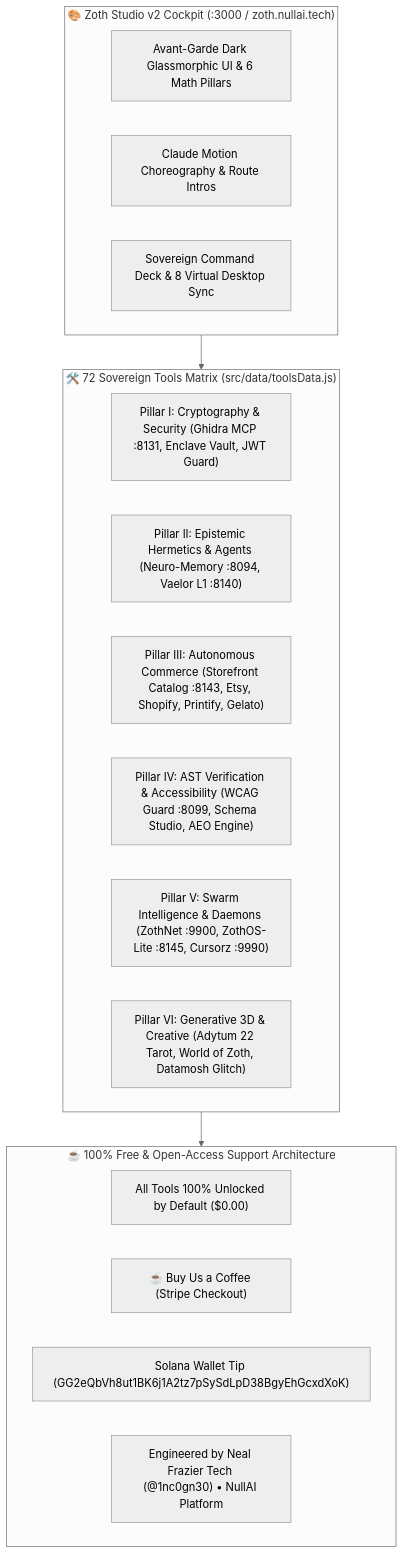
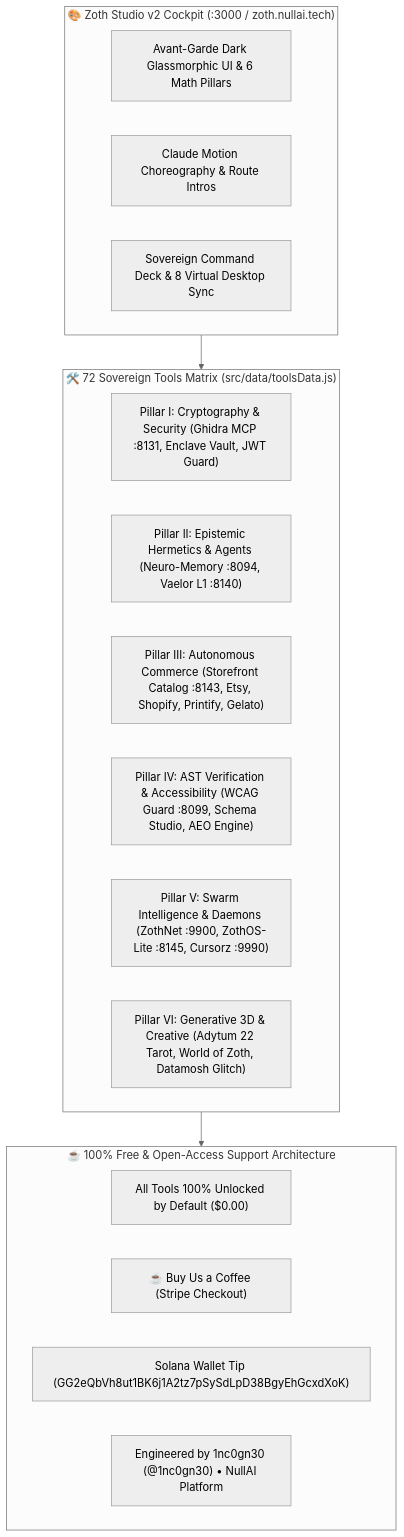
Before and after one commit to 1nc0gn30/zoth-os: the diagram in config/includes.chroot/etc/skel/Documents/Obsidian Vault/06-Wiki/Zoth Studio v2 & 72 Sovereign Micro-SaaS Tools.md, drawn with Mermaid (neutral theme). The commit also changed other lines of this file and 156 other files, not shown here.

````diff
--- a/config/includes.chroot/etc/skel/Documents/Obsidian Vault/06-Wiki/Zoth Studio v2 & 72 Sovereign Micro-SaaS Tools.md
+++ b/config/includes.chroot/etc/skel/Documents/Obsidian Vault/06-Wiki/Zoth Studio v2 & 72 Sovereign Micro-SaaS Tools.md
@@ -22,27 +22,27 @@
 ```mermaid
 flowchart TD
     subgraph StudioFrontend["🎨 Zoth Studio v2 Cockpit (:3000 / zoth.nullai.tech)"]
         UI["Avant-Garde Dark Glassmorphic UI & 6 Math Pillars"]
         Motion["Claude Motion Choreography & Route Intros"]
         Deck["Sovereign Command Deck & 8 Virtual Desktop Sync"]
     end
     
     subgraph SovereignTools["🛠️ 72 Sovereign Tools Matrix (src/data/toolsData.js)"]
         T1["Pillar I: Cryptography & Security (Ghidra MCP :8131, Enclave Vault, JWT Guard)"]
         T2["Pillar II: Epistemic Hermetics & Agents (Neuro-Memory :8094, Vaelor L1 :8140)"]
         T3["Pillar III: Autonomous Commerce (Storefront Catalog :8143, Etsy, Shopify, Printify, Gelato)"]
         T4["Pillar IV: AST Verification & Accessibility (WCAG Guard :8099, Schema Studio, AEO Engine)"]
         T5["Pillar V: Swarm Intelligence & Daemons (ZothNet :9900, ZothOS-Lite :8145, Cursorz :9990)"]
         T6["Pillar VI: Generative 3D & Creative (Adytum 22 Tarot, World of Zoth, Datamosh Glitch)"]
     end
     
     subgraph OpenAccessSupport["☕ 100% Free & Open-Access Support Architecture"]
         Free["All Tools 100% Unlocked by Default ($0.00)"]
         Coffee["☕ Buy Us a Coffee (Stripe Checkout)"]
         Solana["Solana Wallet Tip (GG2eQbVh8ut1BK6j1A2tz7pSySdLpD38BgyEhGcxdXoK)"]
-        Attribution["Engineered by Neal Frazier Tech (@1nc0gn30) • NullAI Platform"]
+        Attribution["Engineered by 1nc0gn30 (@1nc0gn30) • NullAI Platform"]
     end
     
     StudioFrontend --> SovereignTools
     SovereignTools --> OpenAccessSupport
 ```
````
